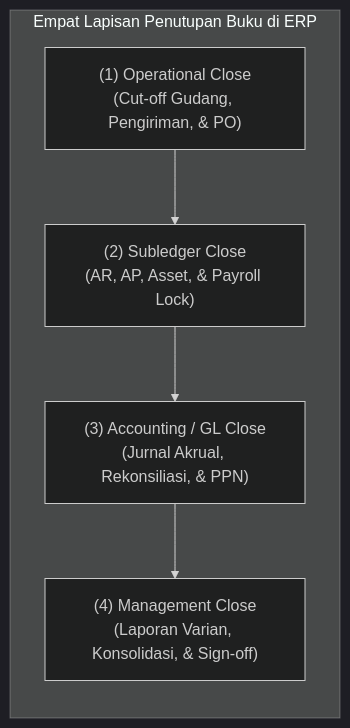
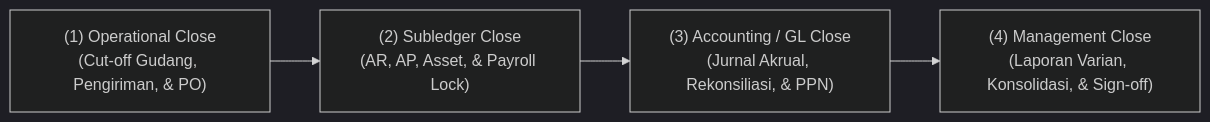
Before and after one commit to alimurrofid/erp-notes: the first of 3 diagrams in content/07-finance/financial-closing.md, drawn with Mermaid (dark theme). The commit also changed other lines of this file and 58 other files, not shown here.

Commit message:
fix(content):Mermaid Subgraph

````diff
--- a/content/07-finance/financial-closing.md
+++ b/content/07-finance/financial-closing.md
@@ -9,10 +9,8 @@
 ```mermaid
 flowchart LR
-    subgraph ClosingLayers["Empat Lapisan Penutupan Buku di ERP"]
         Ops["(1) Operational Close<br/>(Cut-off Gudang, Pengiriman, & PO)"]
         Sub["(2) Subledger Close<br/>(AR, AP, Asset, & Payroll Lock)"]
         GL["(3) Accounting / GL Close<br/>(Jurnal Akrual, Rekonsiliasi, & PPN)"]
         Mgmt["(4) Management Close<br/>(Laporan Varian, Konsolidasi, & Sign-off)"]
-    end
     Ops --> Sub --> GL --> Mgmt
 ```
````
